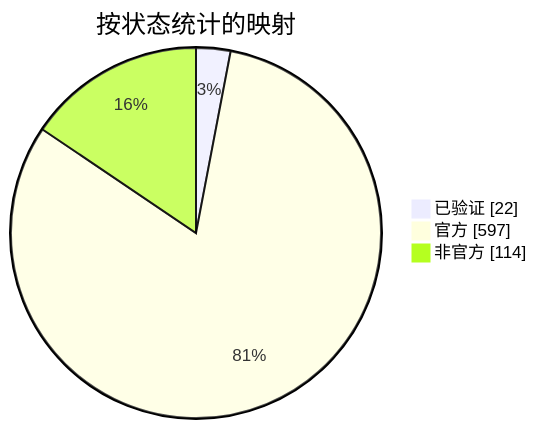
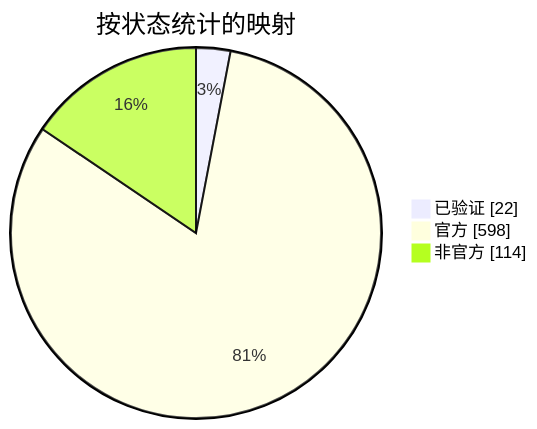
Before and after one commit to nobrega8/mbmap-library: the diagram in docs/readme/README_ZHS.md, drawn with Mermaid. The commit also changed 6 other files, not shown here.

````diff
--- a/docs/readme/README_ZHS.md
+++ b/docs/readme/README_ZHS.md
@@ -54,7 +54,7 @@
 ```mermaid
 pie showData
     title 按状态统计的映射
     "已验证" : 22
-    "官方" : 597
+    "官方" : 598
     "非官方" : 114
 ```
````
